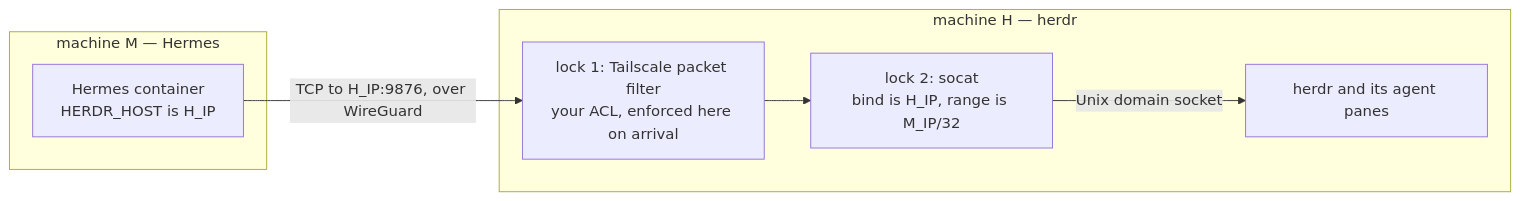
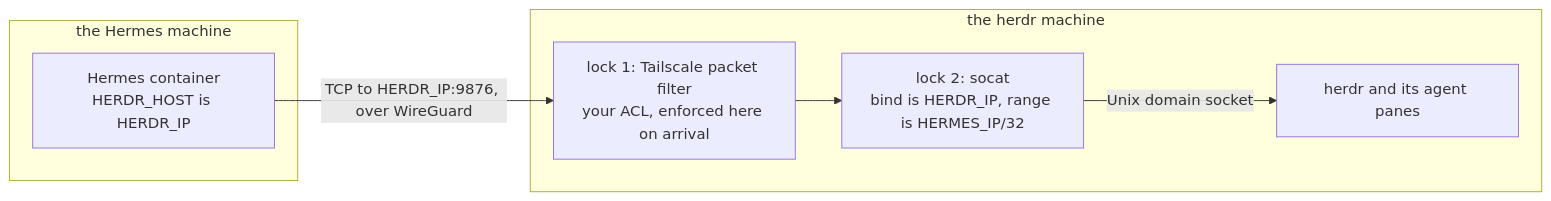
One commit to scaryPonens/hermes-herdr-bridge changed the second of 3 diagrams in README.md. Above: the diagram before and after it, drawn with Mermaid. The commit also changed other lines of this file, not shown here.

````diff
--- a/README.md
+++ b/README.md
@@ -73,14 +73,14 @@
 ```mermaid
 flowchart LR
-  subgraph M["machine M — Hermes"]
-    HC["Hermes container<br/>HERDR_HOST is H_IP"]
+  subgraph HERMES["the Hermes machine"]
+    HC["Hermes container<br/>HERDR_HOST is HERDR_IP"]
   end
-  subgraph H["machine H — herdr"]
+  subgraph HERDR["the herdr machine"]
     ACL["lock 1: Tailscale packet filter<br/>your ACL, enforced here on arrival"]
-    SO["lock 2: socat<br/>bind is H_IP, range is M_IP/32"]
+    SO["lock 2: socat<br/>bind is HERDR_IP, range is HERMES_IP/32"]
     HD["herdr and its agent panes"]
     ACL --> SO
     SO -->|"Unix domain socket"| HD
   end
-  HC -->|"TCP to H_IP:9876, over WireGuard"| ACL
+  HC -->|"TCP to HERDR_IP:9876, over WireGuard"| ACL
 ```
````
